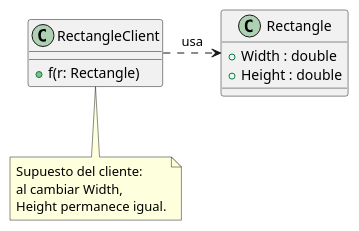
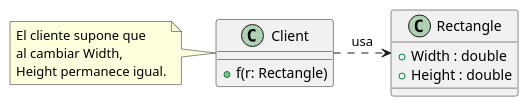
One commit to uca-gii/gii-dss changed the fourth of 7 diagrams in slides/diseno/principios.md. Above: the diagram before and after it, drawn with PlantUML. The commit also changed other lines of this file, not shown here.

Commit message:
Refactor principios.md: mejorar la claridad y consistencia en la representación de clases y relaciones, y corregir la implementación de Rectangle y Square.

```diff
--- a/slides/diseno/principios.md
+++ b/slides/diseno/principios.md
@@ -1326,18 +1332,18 @@
 @startuml
 class Rectangle {
   +Width : double
   +Height : double
 }
 
-class RectangleClient {
+class Client {
   +f(r: Rectangle)
 }
 
-RectangleClient .right.> Rectangle : usa
+Client .right.> Rectangle : usa
 
-note bottom of RectangleClient
-  Supuesto del cliente:
+note left of Client
+  El cliente supone que
   al cambiar Width,
   Height permanece igual.
 end note
 @enduml
```
